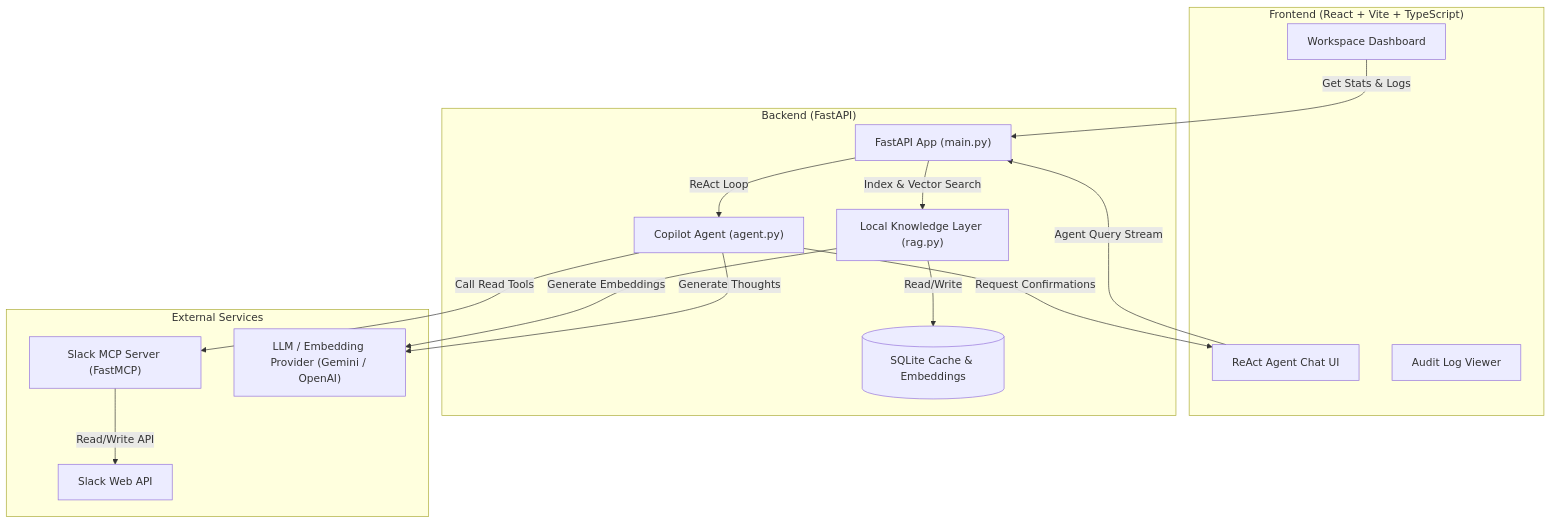
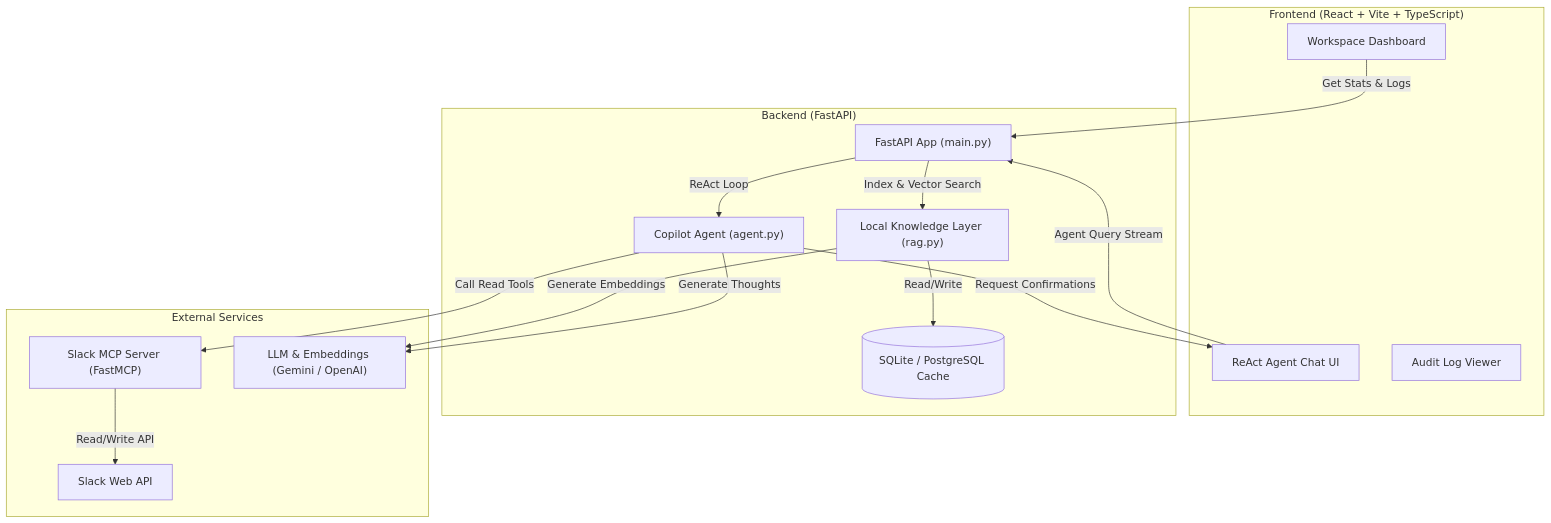
One commit to GunaTeja777/Slack-Intelligence-Copilot changed the diagram in README.md. Above: the diagram before and after it, drawn with Mermaid. The commit also changed other lines of this file, not shown here.

Commit message:
docs: overhaul README with updated project capabilities, PostgreSQL support info, and refined setup instructions

````diff
--- a/README.md
+++ b/README.md
@@ -15,33 +15,33 @@
 ```mermaid
 flowchart TD
     subgraph Client ["Frontend (React + Vite + TypeScript)"]
         Dashboard["Workspace Dashboard"]
         Chat["ReAct Agent Chat UI"]
         Audit["Audit Log Viewer"]
     end
 
     subgraph Service ["Backend (FastAPI)"]
         API["FastAPI App (main.py)"]
         Agent["Copilot Agent (agent.py)"]
         RAG["Local Knowledge Layer (rag.py)"]
-        DB[(SQLite Cache & Embeddings)]
+        DB[(SQLite / PostgreSQL Cache)]
     end
 
     subgraph Slack ["External Services"]
         MCP["Slack MCP Server (FastMCP)"]
         SlackAPI["Slack Web API"]
-        LLM["LLM / Embedding Provider (Gemini / OpenAI)"]
+        LLM["LLM & Embeddings (Gemini / OpenAI)"]
     end
 
     %% Interactions
     Dashboard -->|Get Stats & Logs| API
     Chat -->|Agent Query Stream| API
     API -->|ReAct Loop| Agent
     Agent -->|Call Read Tools| MCP
     Agent -->|Request Confirmations| Chat
     API -->|Index & Vector Search| RAG
     RAG -->|Read/Write| DB
     RAG -->|Generate Embeddings| LLM
     MCP -->|Read/Write API| SlackAPI
     Agent -->|Generate Thoughts| LLM
 ```
````
